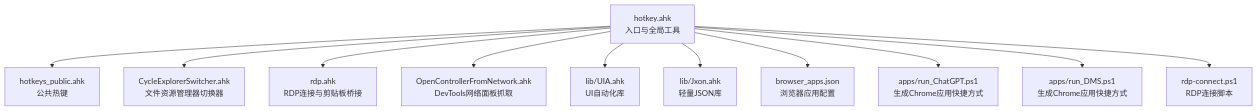
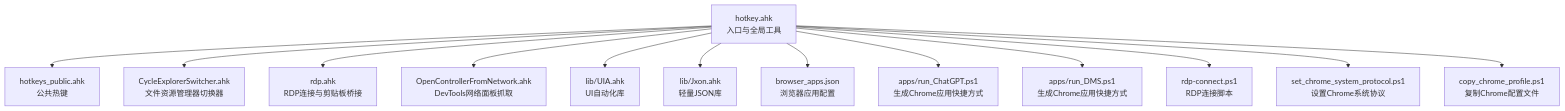
The first of 10 diagrams in .qoder/repowiki/zh/content/核心功能/应用程序控制.md (wangys-123doit/hotkey), drawn with Mermaid before and after one commit. The commit also changed other lines of this file and 5 other files, not shown here.

````diff
--- a/.qoder/repowiki/zh/content/核心功能/应用程序控制.md
+++ b/.qoder/repowiki/zh/content/核心功能/应用程序控制.md
@@ -45,13 +49,15 @@
 ```mermaid
 graph TB
 A["hotkey.ahk<br/>入口与全局工具"] --> B["hotkeys_public.ahk<br/>公共热键"]
 A --> C["CycleExplorerSwitcher.ahk<br/>文件资源管理器切换器"]
 A --> D["rdp.ahk<br/>RDP连接与剪贴板桥接"]
 A --> E["OpenControllerFromNetwork.ahk<br/>DevTools网络面板抓取"]
 A --> F["lib/UIA.ahk<br/>UI自动化库"]
 A --> G["lib/Jxon.ahk<br/>轻量JSON库"]
 A --> H["browser_apps.json<br/>浏览器应用配置"]
 A --> I["apps/run_ChatGPT.ps1<br/>生成Chrome应用快捷方式"]
 A --> J["apps/run_DMS.ps1<br/>生成Chrome应用快捷方式"]
 A --> K["rdp-connect.ps1<br/>RDP连接脚本"]
+A --> L["set_chrome_system_protocol.ps1<br/>设置Chrome系统协议"]
+A --> M["copy_chrome_profile.ps1<br/>复制Chrome配置文件"]
 ```
````
